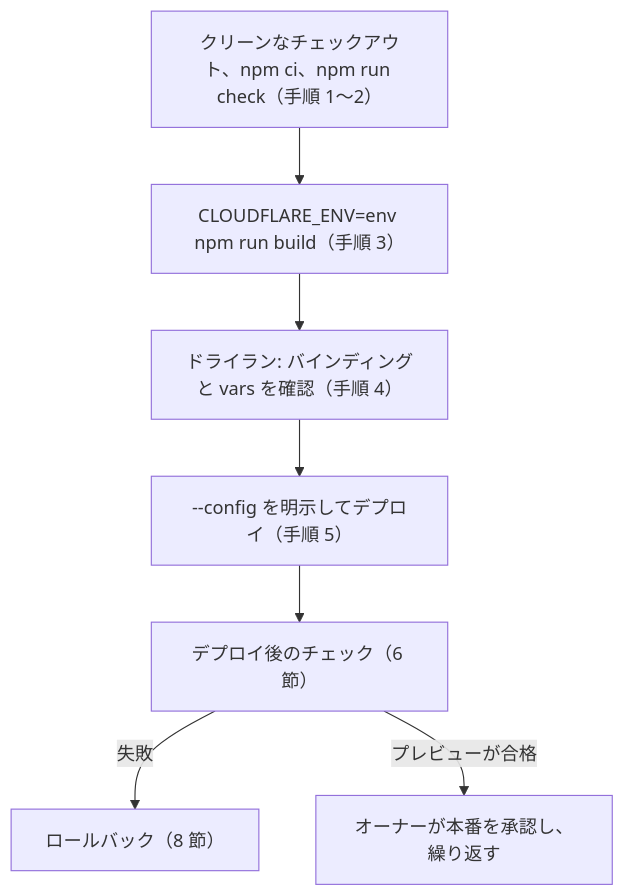
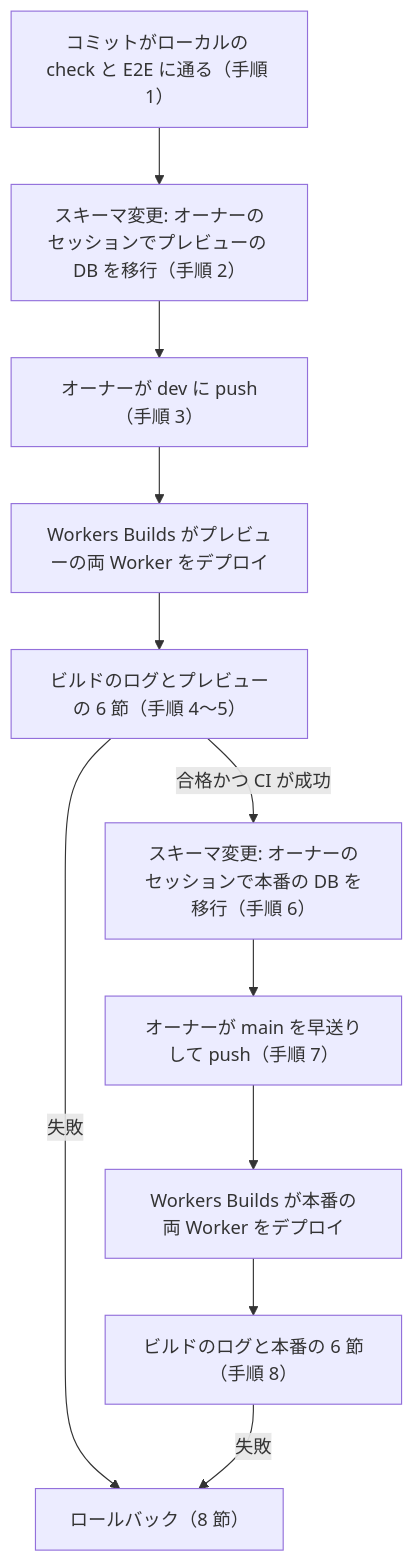
Before and after one commit to musica-sanare/travel-discovery-app: the diagram in docs/ja/DEPLOYMENT.md, drawn with Mermaid. The commit also changed other lines of this file and 7 other files, not shown here.

First line of the commit message:
docs: plan deploys through Workers Builds

````diff
--- a/docs/ja/DEPLOYMENT.md
+++ b/docs/ja/DEPLOYMENT.md
@@ -144,9 +236,13 @@
 ```mermaid
 flowchart TD
-  prep["クリーンなチェックアウト、npm ci、npm run check（手順 1〜2）"] --> build["CLOUDFLARE_ENV=env npm run build（手順 3）"]
-  build --> dry["ドライラン: バインディングと vars を確認（手順 4）"]
-  dry --> deploy["--config を明示してデプロイ（手順 5）"]
-  deploy --> checks["デプロイ後のチェック（6 節）"]
-  checks -->|"失敗"| rollback["ロールバック（8 節）"]
-  checks -->|"プレビューが合格"| prod["オーナーが本番を承認し、繰り返す"]
+  local["コミットがローカルの check と E2E に通る（手順 1）"] --> mig["スキーマ変更: オーナーのセッションでプレビューの DB を移行（手順 2）"]
+  mig --> dev["オーナーが dev に push（手順 3）"]
+  dev --> pbuild["Workers Builds がプレビューの両 Worker をデプロイ"]
+  pbuild --> pcheck["ビルドのログとプレビューの 6 節（手順 4〜5）"]
+  pcheck -->|"失敗"| rollback["ロールバック（8 節）"]
+  pcheck -->|"合格かつ CI が成功"| pmig["スキーマ変更: オーナーのセッションで本番の DB を移行（手順 6）"]
+  pmig --> main["オーナーが main を早送りして push（手順 7）"]
+  main --> mbuild["Workers Builds が本番の両 Worker をデプロイ"]
+  mbuild --> mcheck["ビルドのログと本番の 6 節（手順 8）"]
+  mcheck -->|"失敗"| rollback
 ```
````
